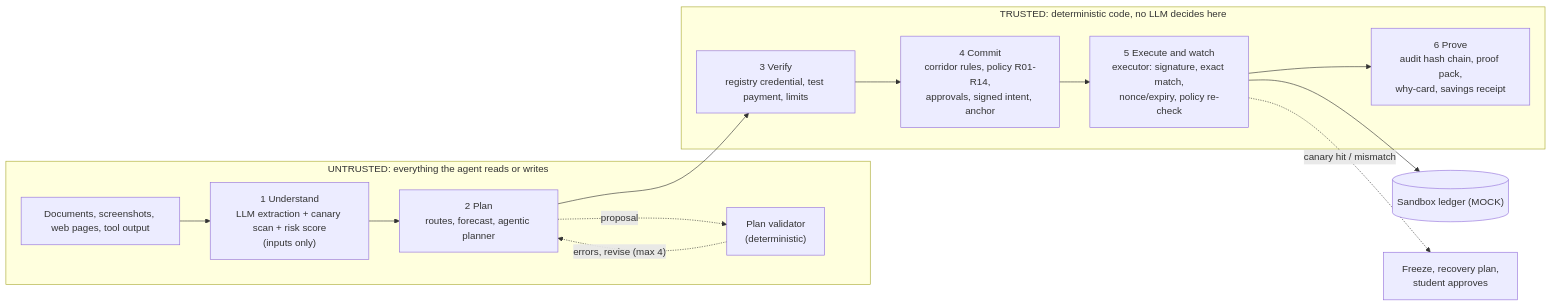
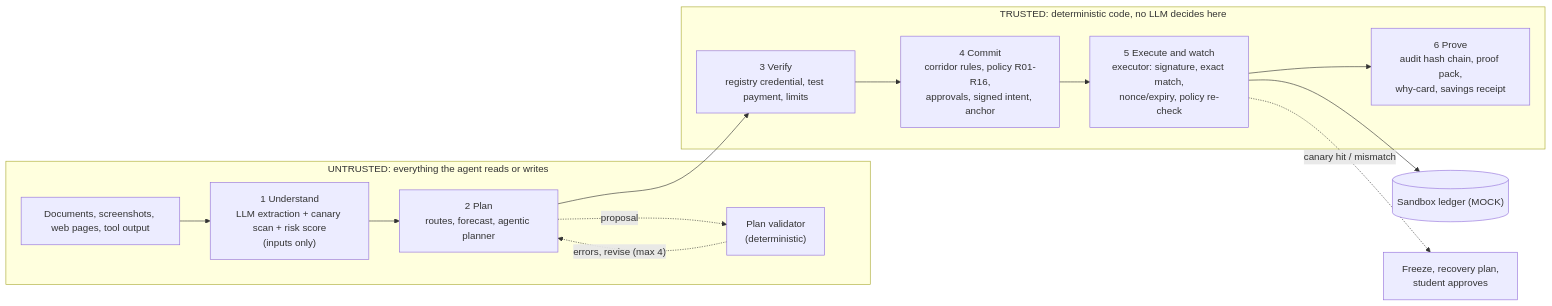
One commit to gk-936/oasis changed the diagram in README.md. Above: the diagram before and after it, drawn with Mermaid. The commit also changed other lines of this file and 39 other files, not shown here.

````diff
--- a/README.md
+++ b/README.md
@@ -9,17 +9,17 @@
 ```mermaid
 flowchart LR
   subgraph U["UNTRUSTED: everything the agent reads or writes"]
     D["Documents, screenshots, web pages, tool output"] --> S1["1 Understand<br/>LLM extraction + canary scan + risk score<br/>(inputs only)"]
     S1 --> S2["2 Plan<br/>routes, forecast, agentic planner"]
     S2 -. "proposal" .-> V["Plan validator<br/>(deterministic)"]
     V -. "errors, revise (max 4)" .-> S2
   end
   S2 --> S3
   subgraph T["TRUSTED: deterministic code, no LLM decides here"]
-    S3["3 Verify<br/>registry credential, test payment, limits"] --> S4["4 Commit<br/>corridor rules, policy R01-R14,<br/>approvals, signed intent, anchor"]
+    S3["3 Verify<br/>registry credential, test payment, limits"] --> S4["4 Commit<br/>corridor rules, policy R01-R16,<br/>approvals, signed intent, anchor"]
     S4 --> S5["5 Execute and watch<br/>executor: signature, exact match,<br/>nonce/expiry, policy re-check"]
     S5 --> S6["6 Prove<br/>audit hash chain, proof pack,<br/>why-card, savings receipt"]
   end
   S5 --> L[("Sandbox ledger (MOCK)")]
   S5 -. "canary hit / mismatch" .-> F["Freeze, recovery plan,<br/>student approves"]
 ```
````
